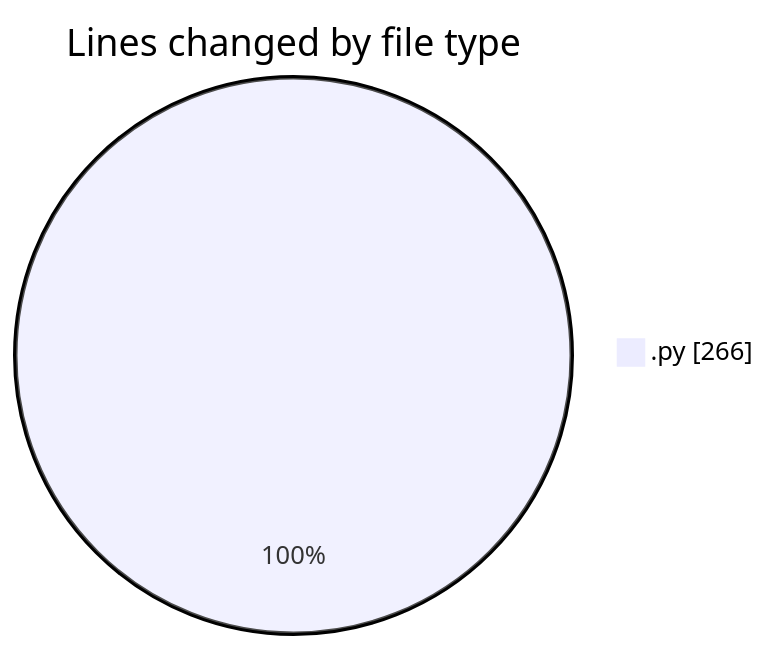
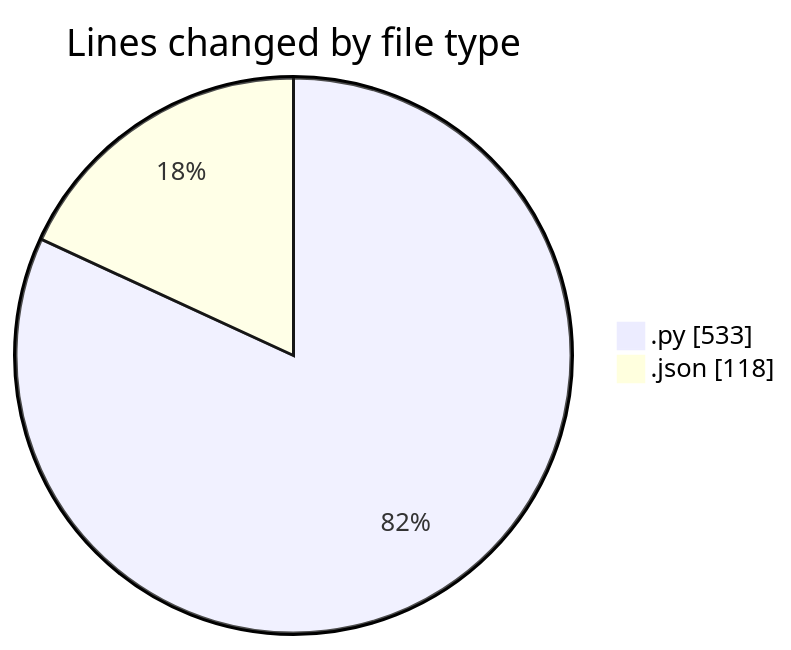
The first of 2 diagrams in 2025-08-27/_claude/README.md (EIIisD/code-tracking), drawn with Mermaid before and after one commit. The commit also changed other lines of this file and 1 other file, not shown here.

````diff
--- a/2025-08-27/_claude/README.md
+++ b/2025-08-27/_claude/README.md
@@ -20,5 +21,6 @@
 ```mermaid
 pie showData
 title Lines changed by file type
-".py" : 266
+".py" : 533
+".json" : 118
 ```
````
